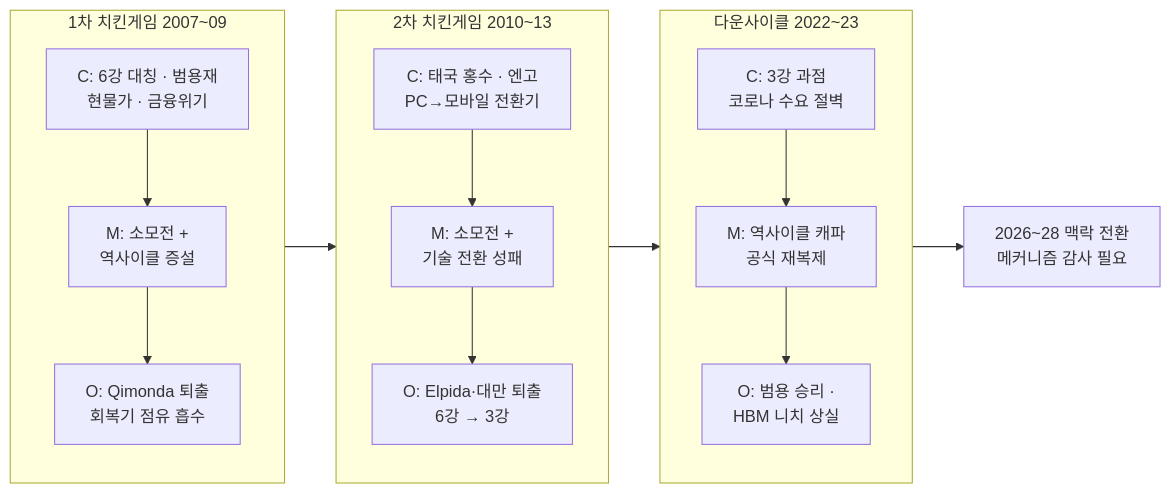
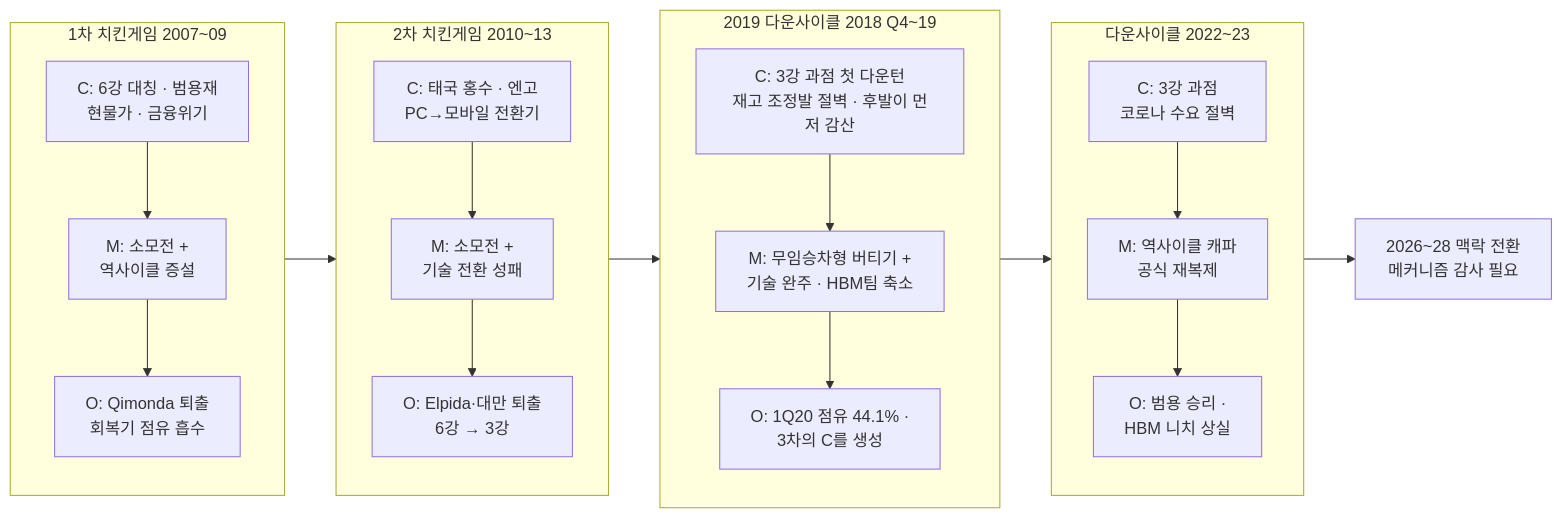
One commit to k31001/action-learning changed the first of 3 diagrams in wiki/storyline/storyline-cmo.md. Above: the diagram before and after it, drawn with Mermaid. The commit also changed other lines of this file and 5 other files, not shown here.

````diff
--- a/wiki/storyline/storyline-cmo.md
+++ b/wiki/storyline/storyline-cmo.md
@@ -17,13 +17,16 @@
 ```mermaid
 flowchart LR
     subgraph P1["1차 치킨게임 2007~09"]
         C1["C: 6강 대칭 · 범용재<br/>현물가 · 금융위기"] --> M1["M: 소모전 +<br/>역사이클 증설"] --> O1["O: Qimonda 퇴출<br/>회복기 점유 흡수"]
     end
     subgraph P2["2차 치킨게임 2010~13"]
         C2["C: 태국 홍수 · 엔고<br/>PC→모바일 전환기"] --> M2["M: 소모전 +<br/>기술 전환 성패"] --> O2["O: Elpida·대만 퇴출<br/>6강 → 3강"]
     end
+    subgraph S19["2019 다운사이클 2018 Q4~19"]
+        C19["C: 3강 과점 첫 다운턴<br/>재고 조정발 절벽 · 후발이 먼저 감산"] --> M19["M: 무임승차형 버티기 +<br/>기술 완주 · HBM팀 축소"] --> O19["O: 1Q20 점유 44.1% ·<br/>3차의 C를 생성"]
+    end
     subgraph P3["다운사이클 2022~23"]
         C3["C: 3강 과점<br/>코로나 수요 절벽"] --> M3["M: 역사이클 캐파<br/>공식 재복제"] --> O3["O: 범용 승리 ·<br/>HBM 니치 상실"]
     end
-    P1 --> P2 --> P3 --> NOW["2026~28 맥락 전환<br/>메커니즘 감사 필요"]
+    P1 --> P2 --> S19 --> P3 --> NOW["2026~28 맥락 전환<br/>메커니즘 감사 필요"]
 ```
````
